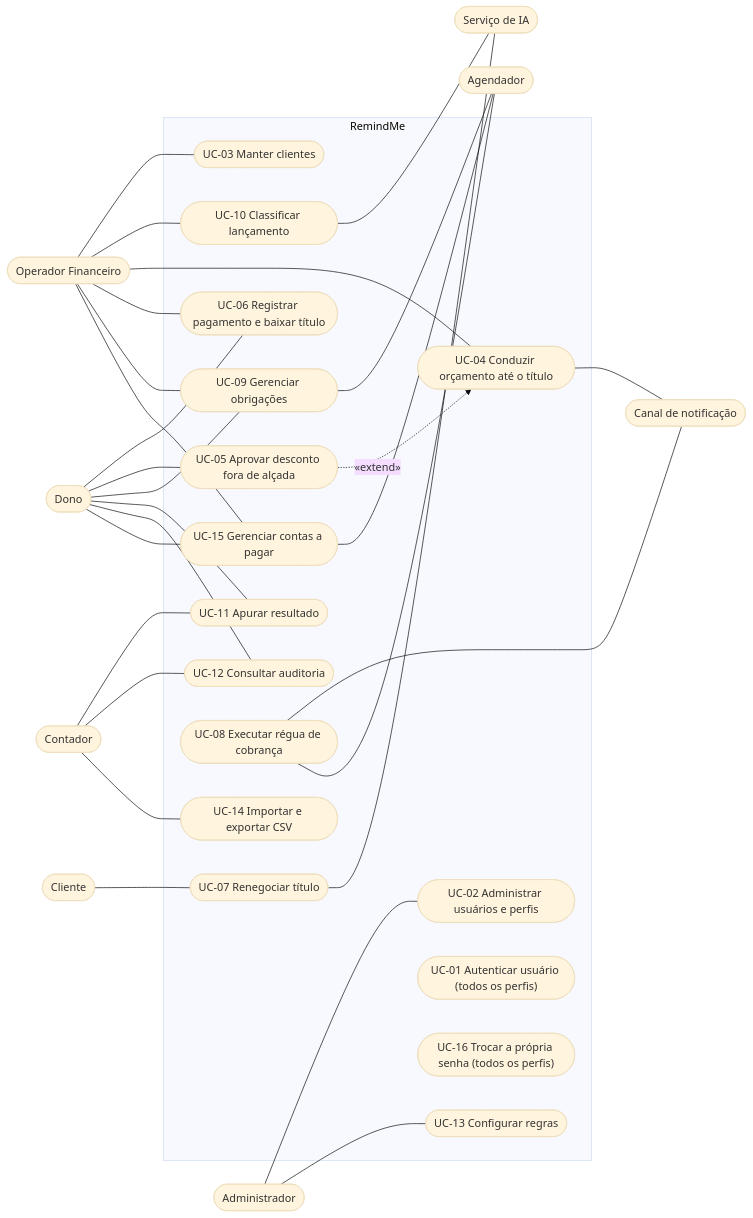
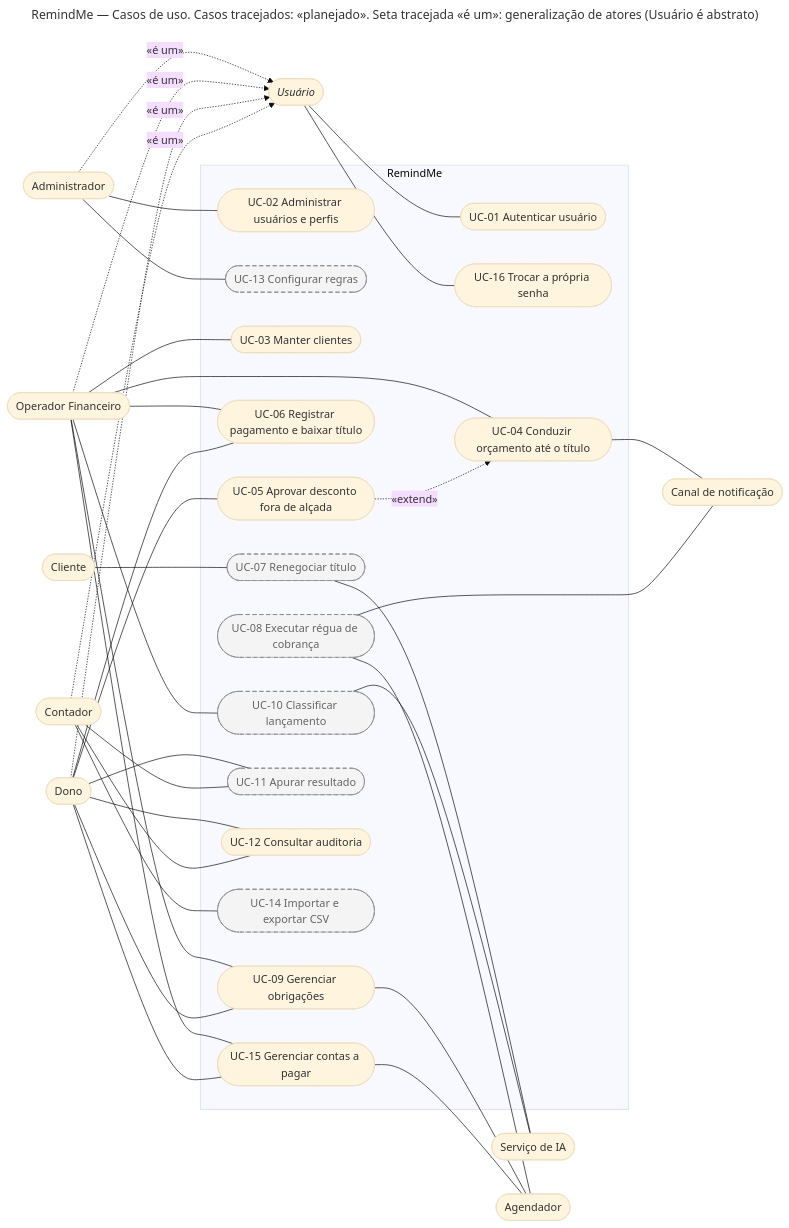
Before and after one commit to pedroguerra0603/Projeto_RemindMe: the diagram in docs/uml/casos-de-uso.mmd, drawn with Mermaid (base theme). The commit also changed 40 other files, not shown here.

First line of the commit message:
docs: revisa a modelagem UML e marca o que está implementado e o que é planejado

```diff
--- a/docs/uml/casos-de-uso.mmd
+++ b/docs/uml/casos-de-uso.mmd
@@ -1,56 +1,72 @@
+---
+title: "RemindMe — Casos de uso. Casos tracejados: «planejado». Seta tracejada «é um»: generalização de atores (Usuário é abstrato)"
+---
 flowchart LR
+    Usuario([Usuário])
     Admin([Administrador])
     Operador([Operador Financeiro])
-    Cliente([Cliente])
     Dono([Dono])
     Contador([Contador])
+    Cliente([Cliente])
+
+    Admin -. "«é um»" .-> Usuario
+    Operador -. "«é um»" .-> Usuario
+    Dono -. "«é um»" .-> Usuario
+    Contador -. "«é um»" .-> Usuario
 
     subgraph RemindMe
+        UC01(["UC-01 Autenticar usuário"])
+        UC16(["UC-16 Trocar a própria senha"])
         UC02(["UC-02 Administrar usuários e perfis"])
         UC13(["UC-13 Configurar regras"])
         UC03(["UC-03 Manter clientes"])
+        UC04(["UC-04 Conduzir orçamento até o título"])
+        UC05(["UC-05 Aprovar desconto fora de alçada"])
+        UC06(["UC-06 Registrar pagamento e baixar título"])
+        UC07(["UC-07 Renegociar título"])
+        UC08(["UC-08 Executar régua de cobrança"])
+        UC09(["UC-09 Gerenciar obrigações"])
         UC10(["UC-10 Classificar lançamento"])
-        UC04(["UC-04 Conduzir orçamento até o título"])
-        UC07(["UC-07 Renegociar título"])
-        UC06(["UC-06 Registrar pagamento e baixar título"])
-        UC05(["UC-05 Aprovar desconto fora de alçada"])
-        UC09(["UC-09 Gerenciar obrigações"])
         UC11(["UC-11 Apurar resultado"])
         UC12(["UC-12 Consultar auditoria"])
         UC14(["UC-14 Importar e exportar CSV"])
-        UC08(["UC-08 Executar régua de cobrança"])
         UC15(["UC-15 Gerenciar contas a pagar"])
-        UC01(["UC-01 Autenticar usuário (todos os perfis)"])
-        UC16(["UC-16 Trocar a própria senha (todos os perfis)"])
     end
 
     IA([Serviço de IA])
     Canal([Canal de notificação])
     Agendador([Agendador])
 
+    Usuario --- UC01
+    Usuario --- UC16
     Admin --- UC02
     Admin --- UC13
     Operador --- UC03
-    Operador --- UC10
     Operador --- UC04
     Operador --- UC06
     Operador --- UC09
+    Operador --- UC10
     Operador --- UC15
-    Cliente --- UC07
+    Dono --- UC05
     Dono --- UC06
-    Dono --- UC05
     Dono --- UC09
     Dono --- UC11
     Dono --- UC12
     Dono --- UC15
     Contador --- UC11
     Contador --- UC12
     Contador --- UC14
+    Cliente --- UC07
+    UC05 -. "«extend»" .-> UC04
+    UC04 --- Canal
+    UC07 --- IA
     UC10 --- IA
-    UC07 --- IA
-    UC04 --- Canal
     UC08 --- Canal
     UC08 --- Agendador
     UC09 --- Agendador
     UC15 --- Agendador
-    UC05 -. "«extend»" .-> UC04
+
+    classDef planejado fill:#f4f4f4,stroke:#8a8a8a,stroke-dasharray:6 4,color:#666
+    classDef abstrato font-style:italic
+    class UC07,UC08,UC10,UC11,UC13,UC14 planejado
+    class Usuario abstrato
```
